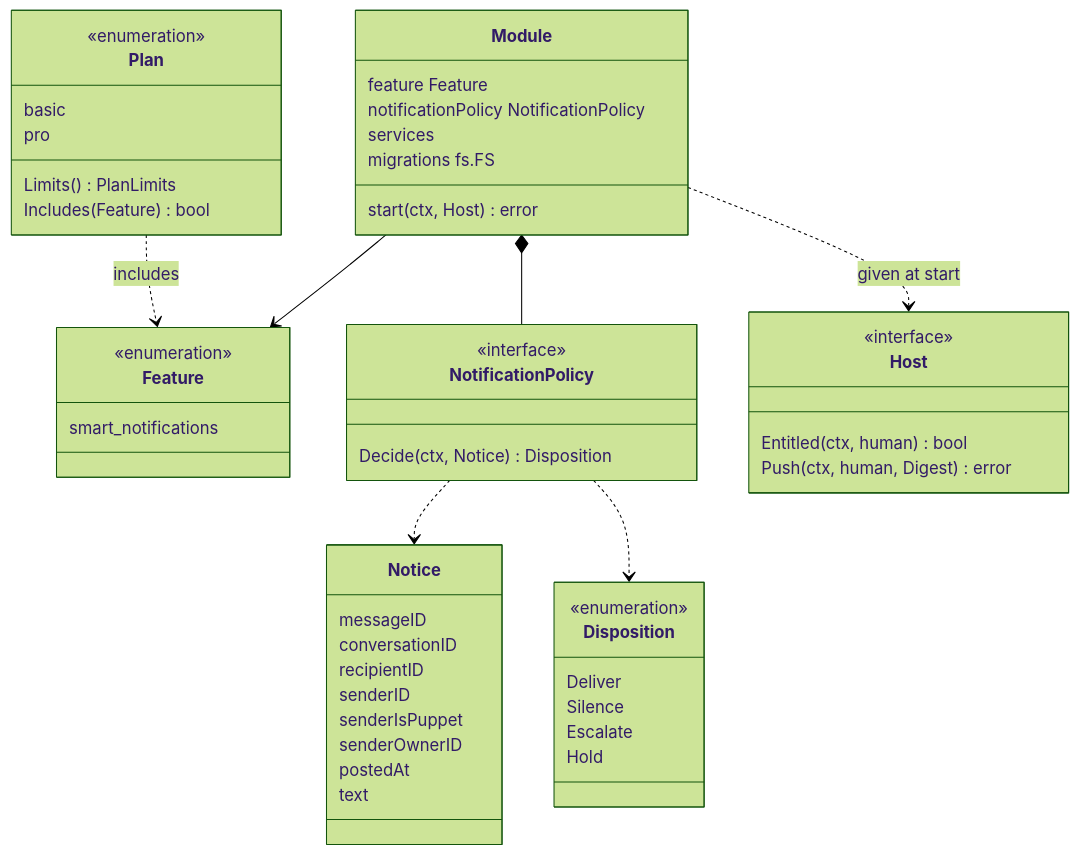
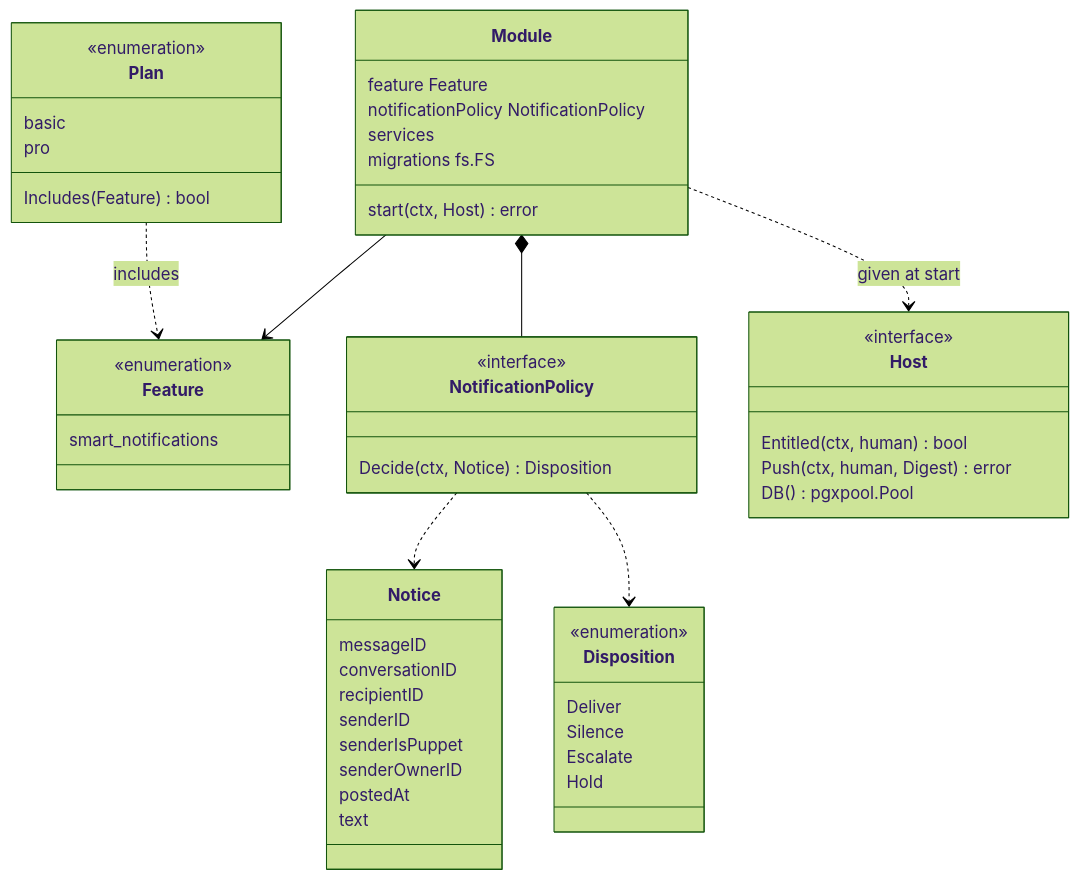
Before and after one commit to Aeryx-ai/sock-contract: the fourth of 4 diagrams in docs/specs/entitlements.md, drawn with Mermaid (forest theme). The commit also changed other lines of this file and 2 other files, not shown here.

Commit message:
Entitlements spec reworked: today is free, Pro is new features, shared launch limits; limits and overrides spec, pass 1 draft

````diff
--- a/docs/specs/entitlements.md
+++ b/docs/specs/entitlements.md
@@ -170,53 +218,53 @@
 ```mermaid
 classDiagram
     class Feature {
         <<enumeration>>
         smart_notifications
     }
     class Plan {
         <<enumeration>>
         basic
         pro
-        Limits() PlanLimits
         Includes(Feature) bool
     }
     class Module {
         feature Feature
         notificationPolicy NotificationPolicy
         services
         migrations fs.FS
         start(ctx, Host) error
     }
     class Host {
         <<interface>>
         Entitled(ctx, human) bool
         Push(ctx, human, Digest) error
+        DB() pgxpool.Pool
     }
     class NotificationPolicy {
         <<interface>>
         Decide(ctx, Notice) Disposition
     }
     class Notice {
         messageID
         conversationID
         recipientID
         senderID
         senderIsPuppet
         senderOwnerID
         postedAt
         text
     }
     class Disposition {
         <<enumeration>>
         Deliver
         Silence
         Escalate
         Hold
     }
     Module --> Feature
     Module *-- NotificationPolicy
     Module ..> Host : given at start
     NotificationPolicy ..> Notice
     NotificationPolicy ..> Disposition
     Plan ..> Feature : includes
 ```
````
